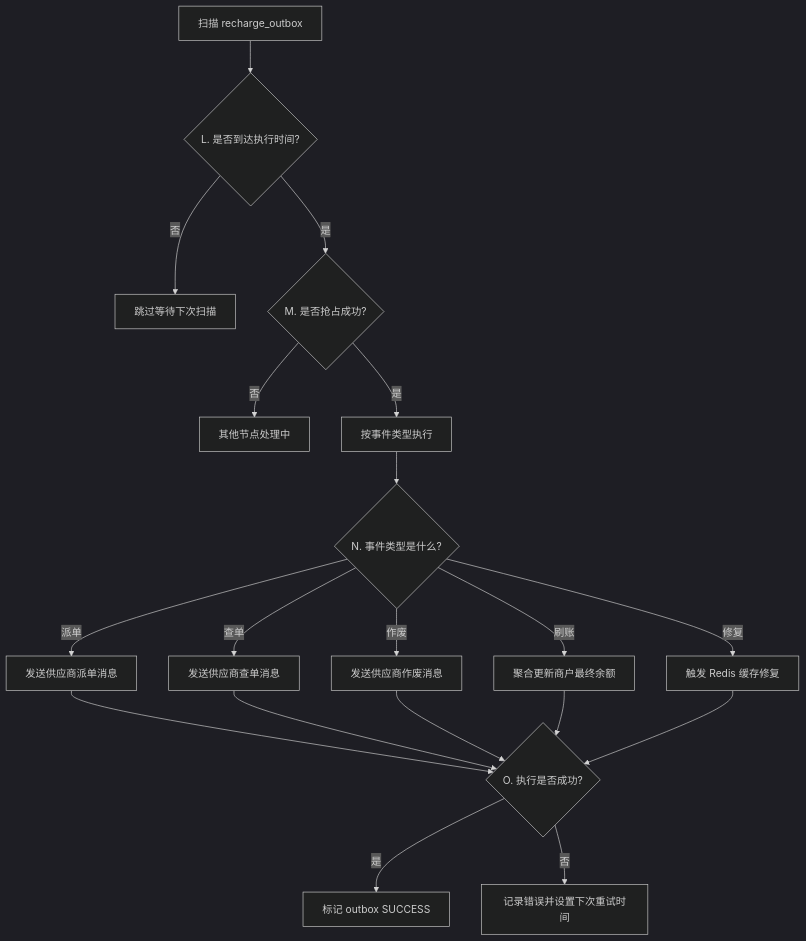
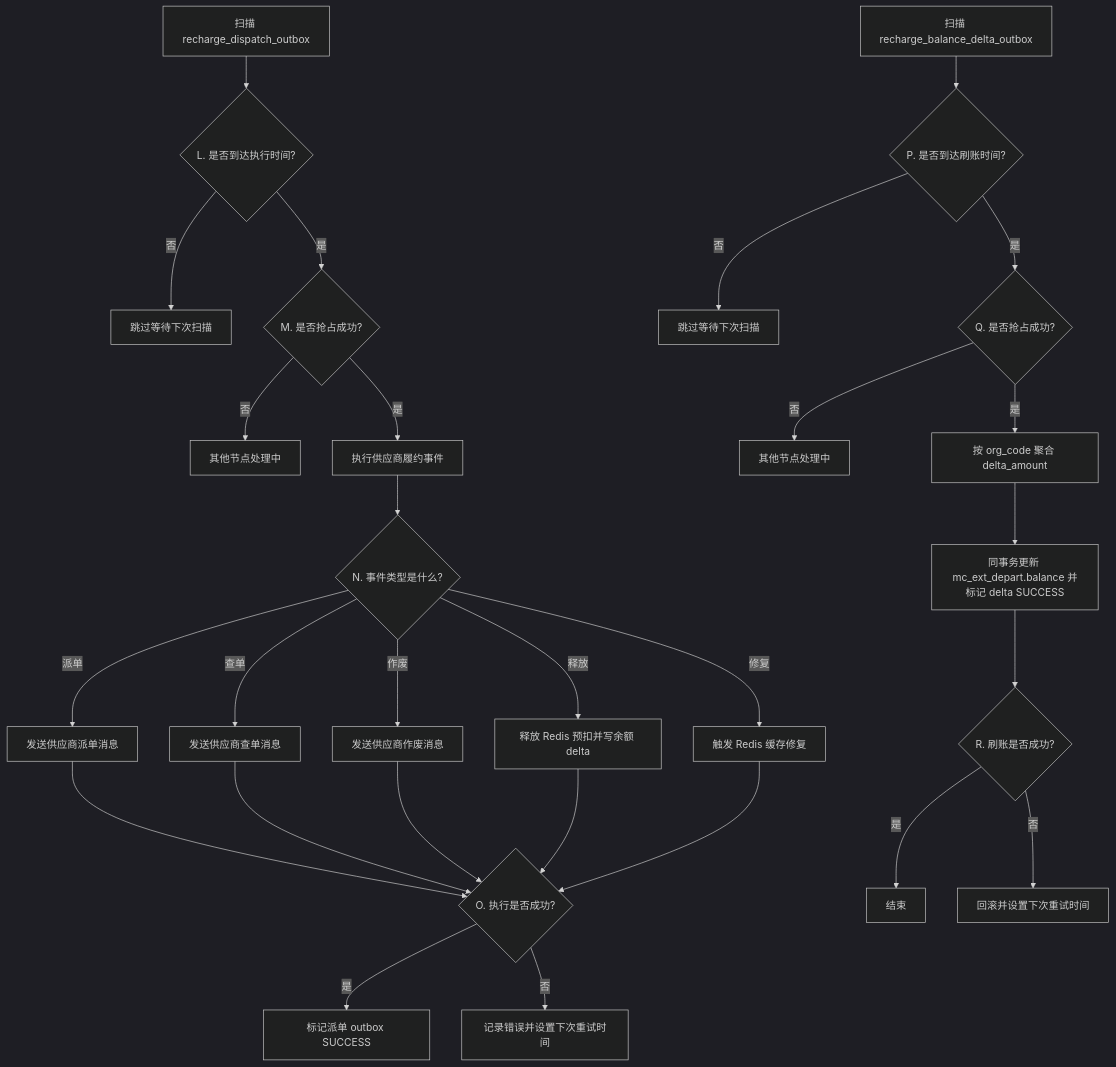
Before and after one commit to zwye1986/cardshop-trade-engine: the third of 10 diagrams in docs/交行直充业务系统高可用方案设计.md, drawn with Mermaid (dark theme). The commit also changed other lines of this file and 54 other files, not shown here.

Commit message:
infrastructure: split recharge outbox tables

````diff
--- a/docs/交行直充业务系统高可用方案设计.md
+++ b/docs/交行直充业务系统高可用方案设计.md
@@ -1139,21 +1192,30 @@
 ```mermaid
 flowchart TD
-    A[扫描 recharge_outbox] --> B{L. 是否到达执行时间?}
+    A[扫描 recharge_dispatch_outbox] --> B{L. 是否到达执行时间?}
     B -- 否 --> B1[跳过等待下次扫描]
     B -- 是 --> C{M. 是否抢占成功?}
     C -- 否 --> C1[其他节点处理中]
-    C -- 是 --> D[按事件类型执行]
+    C -- 是 --> D[执行供应商履约事件]
     D --> E{N. 事件类型是什么?}
     E -- 派单 --> E1[发送供应商派单消息]
     E -- 查单 --> E2[发送供应商查单消息]
     E -- 作废 --> E3[发送供应商作废消息]
-    E -- 刷账 --> E4[聚合更新商户最终余额]
+    E -- 释放 --> E4[释放 Redis 预扣并写余额 delta]
     E -- 修复 --> E5[触发 Redis 缓存修复]
     E1 --> F{O. 执行是否成功?}
     E2 --> F
     E3 --> F
     E4 --> F
     E5 --> F
-    F -- 是 --> F1[标记 outbox SUCCESS]
+    F -- 是 --> F1[标记派单 outbox SUCCESS]
     F -- 否 --> F2[记录错误并设置下次重试时间]
+    G[扫描 recharge_balance_delta_outbox] --> H{P. 是否到达刷账时间?}
+    H -- 否 --> H1[跳过等待下次扫描]
+    H -- 是 --> I{Q. 是否抢占成功?}
+    I -- 否 --> I1[其他节点处理中]
+    I -- 是 --> J[按 org_code 聚合 delta_amount]
+    J --> K[同事务更新 mc_ext_depart.balance 并标记 delta SUCCESS]
+    K --> L{R. 刷账是否成功?}
+    L -- 是 --> L1[结束]
+    L -- 否 --> L2[回滚并设置下次重试时间]
 ```
````
